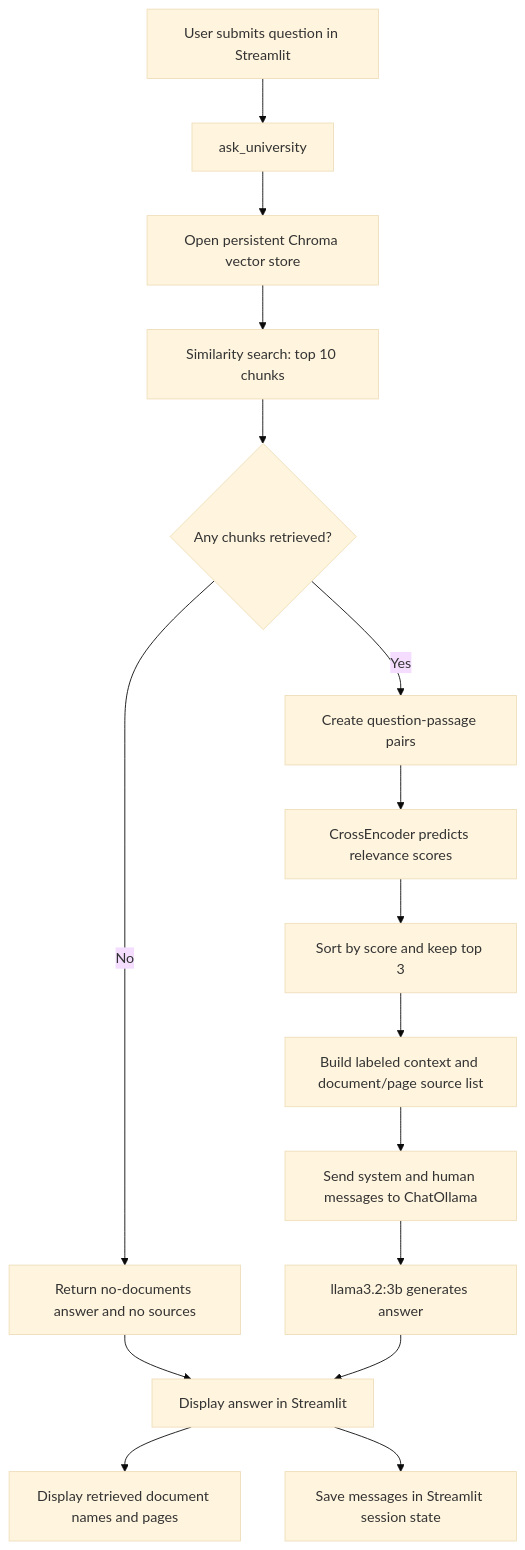
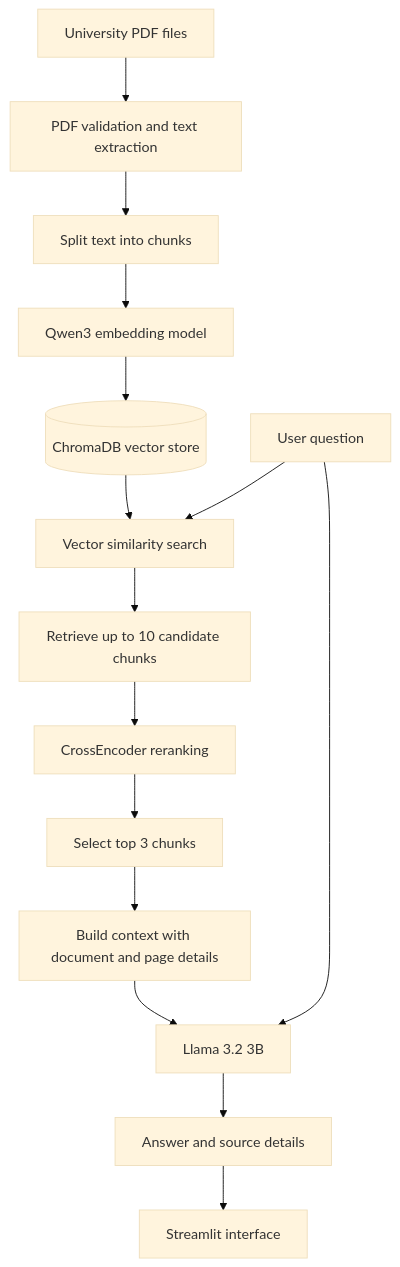
One commit to DunuraVidun/Lab-Portfolio changed the diagram in Lab-05/README.md. Above: the diagram before and after it, drawn with Mermaid (base theme). The commit also changed other lines of this file and 11 other files, not shown here.

````diff
--- a/Lab-05/README.md
+++ b/Lab-05/README.md
@@ -77,18 +57,18 @@
 ```mermaid
 flowchart TD
-    A[User submits question in Streamlit] --> B[ask_university]
-    B --> C[Open persistent Chroma vector store]
-    C --> D[Similarity search: top 10 chunks]
-    D --> E{Any chunks retrieved?}
-    E -- No --> F[Return no-documents answer and no sources]
-    E -- Yes --> G[Create question-passage pairs]
-    G --> H[CrossEncoder predicts relevance scores]
-    H --> I[Sort by score and keep top 3]
-    I --> J[Build labeled context and document/page source list]
-    J --> K[Send system and human messages to ChatOllama]
-    K --> L[llama3.2:3b generates answer]
-    F --> M[Display answer in Streamlit]
-    L --> M
-    M --> N[Display retrieved document names and pages]
-    M --> O[Save messages in Streamlit session state]
+    A[University PDF files] --> B[PDF validation and text extraction]
+    B --> C[Split text into chunks]
+    C --> D[Qwen3 embedding model]
+    D --> E[(ChromaDB vector store)]
+
+    F[User question] --> G[Vector similarity search]
+    E --> G
+    G --> H[Retrieve up to 10 candidate chunks]
+    H --> I[CrossEncoder reranking]
+    I --> J[Select top 3 chunks]
+    J --> K[Build context with document and page details]
+    K --> L[Llama 3.2 3B]
+    F --> L
+    L --> M[Answer and source details]
+    M --> N[Streamlit interface]
 ```
````
